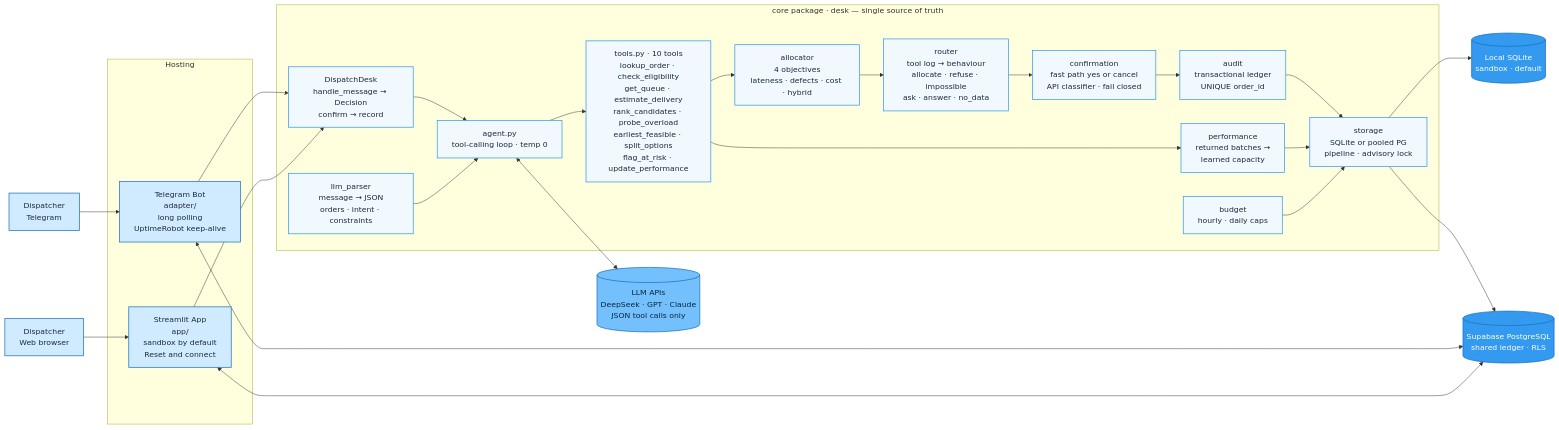
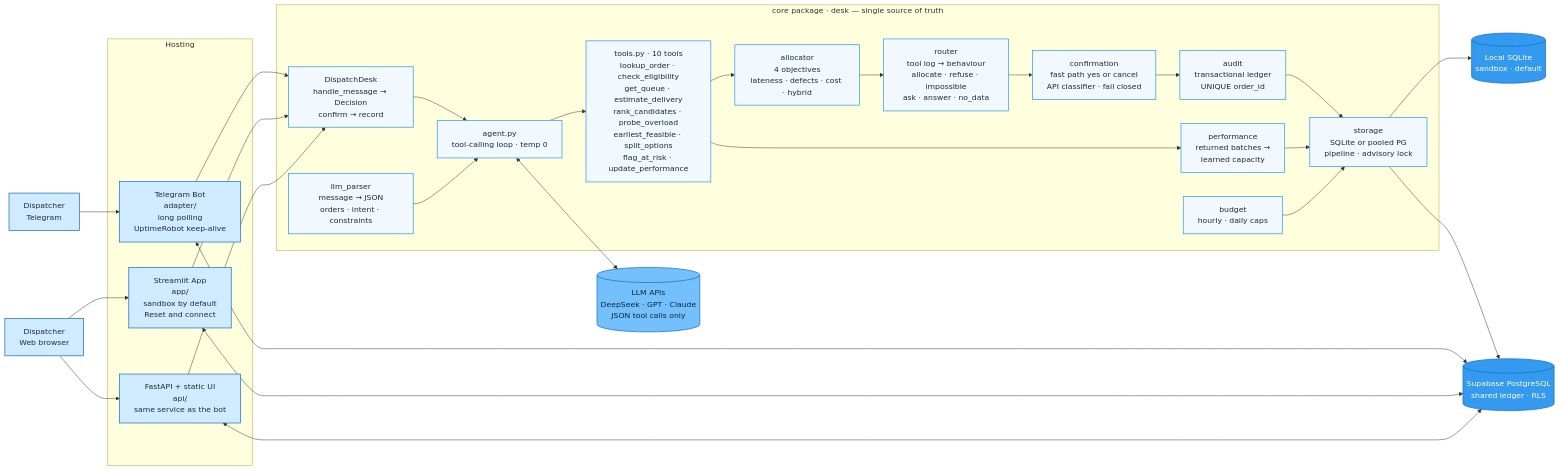
Before and after one commit to DSS5105-Capstone-2026-Team6/DSS5105-Capstone-2026-Team6: the diagram in README.md, drawn with Mermaid. The commit also changed other lines of this file and 1 other file, not shown here.

First line of the commit message:
Docs: cover the FastAPI/CSS-JS web frontend and its Render deployment

````diff
--- a/README.md
+++ b/README.md
@@ -170,63 +179,67 @@
 ```mermaid
 flowchart LR
     TG["Dispatcher<br/>Telegram"]:::front
     WEB["Dispatcher<br/>Web browser"]:::front
 
     subgraph CLOUD["Hosting"]
         BOT["Telegram Bot<br/>adapter/<br/>long polling<br/>UptimeRobot keep-alive"]:::front
         UI["Streamlit App<br/>app/<br/>sandbox by default<br/>Reset and connect"]:::front
+        API["FastAPI + static UI<br/>api/<br/>same service as the bot"]:::front
     end
 
     subgraph CORE["core package · desk — single source of truth"]
         DESK["DispatchDesk<br/>handle_message → Decision<br/>confirm → record"]:::core
         PARSER["llm_parser<br/>message → JSON<br/>orders · intent · constraints"]:::core
         AGENT["agent.py<br/>tool-calling loop · temp 0"]:::core
         TOOLS["tools.py · 10 tools<br/>lookup_order · check_eligibility<br/>get_queue · estimate_delivery<br/>rank_candidates · probe_overload<br/>earliest_feasible · split_options<br/>flag_at_risk · update_performance"]:::core
         ALLOC["allocator<br/>4 objectives<br/>lateness · defects · cost · hybrid"]:::core
         ROUTER["router<br/>tool log → behaviour<br/>allocate · refuse · impossible<br/>ask · answer · no_data"]:::core
         CONF["confirmation<br/>fast path yes or cancel<br/>API classifier · fail closed"]:::core
         AUDIT["audit<br/>transactional ledger<br/>UNIQUE order_id"]:::core
         PERF["performance<br/>returned batches →<br/>learned capacity"]:::core
         BUDGET["budget<br/>hourly · daily caps"]:::core
         STORE["storage<br/>SQLite or pooled PG<br/>pipeline · advisory lock"]:::core
     end
 
     LLM[("LLM APIs<br/>DeepSeek · GPT · Claude<br/>JSON tool calls only")]:::llm
     LITE[("Local SQLite<br/>sandbox · default")]:::store
     SUPA[("Supabase PostgreSQL<br/>shared ledger · RLS")]:::store
 
     TG --> BOT --> DESK
     WEB --> UI --> DESK
+    WEB --> API --> DESK
     DESK --> AGENT
     PARSER --> AGENT
     AGENT <--> LLM
     AGENT --> TOOLS --> ALLOC --> ROUTER --> CONF --> AUDIT
     TOOLS --> PERF
     AUDIT --> STORE
     PERF --> STORE
     BUDGET --> STORE
     STORE --> LITE
     STORE --> SUPA
     BOT <--> SUPA
     UI <--> SUPA
+    API <--> SUPA
 
     click DESK "https://github.com/DSS5105-Capstone-2026-Team6/DSS5105-Capstone-2026-Team6/blob/main/desk/desk.py"
     click PARSER "https://github.com/DSS5105-Capstone-2026-Team6/DSS5105-Capstone-2026-Team6/blob/main/desk/llm_parser.py"
     click AGENT "https://github.com/DSS5105-Capstone-2026-Team6/DSS5105-Capstone-2026-Team6/blob/main/desk/agent.py"
     click TOOLS "https://github.com/DSS5105-Capstone-2026-Team6/DSS5105-Capstone-2026-Team6/blob/main/desk/tools.py"
     click ALLOC "https://github.com/DSS5105-Capstone-2026-Team6/DSS5105-Capstone-2026-Team6/blob/main/docs/ALLOCATOR.md"
     click ROUTER "https://github.com/DSS5105-Capstone-2026-Team6/DSS5105-Capstone-2026-Team6/blob/main/desk/router.py"
     click CONF "https://github.com/DSS5105-Capstone-2026-Team6/DSS5105-Capstone-2026-Team6/blob/main/desk/confirmation.py"
     click AUDIT "https://github.com/DSS5105-Capstone-2026-Team6/DSS5105-Capstone-2026-Team6/blob/main/desk/audit.py"
     click PERF "https://github.com/DSS5105-Capstone-2026-Team6/DSS5105-Capstone-2026-Team6/blob/main/desk/performance.py"
     click BUDGET "https://github.com/DSS5105-Capstone-2026-Team6/DSS5105-Capstone-2026-Team6/blob/main/desk/budget.py"
     click STORE "https://github.com/DSS5105-Capstone-2026-Team6/DSS5105-Capstone-2026-Team6/blob/main/desk/storage.py"
     click BOT "https://github.com/DSS5105-Capstone-2026-Team6/DSS5105-Capstone-2026-Team6/blob/main/adapter/telegram_bot.py"
     click UI "https://github.com/DSS5105-Capstone-2026-Team6/DSS5105-Capstone-2026-Team6/blob/main/app/streamlit_app.py"
+    click API "https://github.com/DSS5105-Capstone-2026-Team6/DSS5105-Capstone-2026-Team6/blob/main/api/main.py"
     click SUPA "https://github.com/DSS5105-Capstone-2026-Team6/DSS5105-Capstone-2026-Team6/blob/main/docs/SHARED_DATABASE.md"
 
     classDef front fill:#d0ebff,stroke:#1971c2,stroke-width:1.5px,color:#1c2b3a
     classDef core fill:#f1f8fe,stroke:#339af0,stroke-width:1.5px,color:#1c2b3a
     classDef llm fill:#74c0fc,stroke:#1971c2,stroke-width:1.5px,color:#08263f
     classDef store fill:#339af0,stroke:#1971c2,stroke-width:1.5px,color:#ffffff
 ```
````
